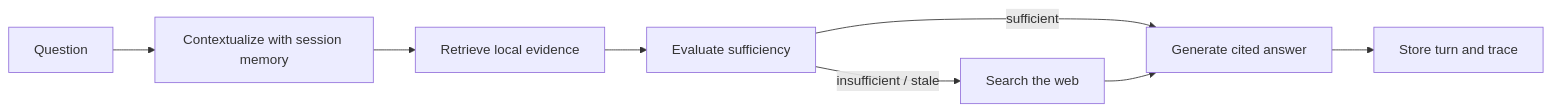
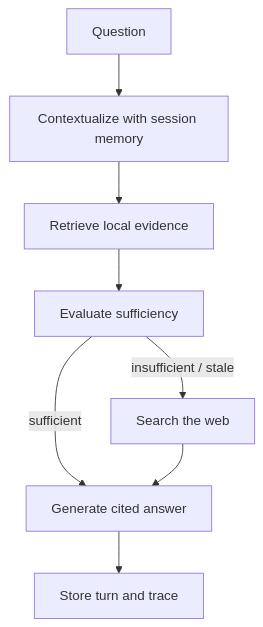
The diagram in README.md (Jakob-Benjamin-Dorn/gamescope-agent), drawn with Mermaid before and after one commit. The commit also changed 3 other files, not shown here.

````diff
--- a/README.md
+++ b/README.md
@@ -42,10 +42,10 @@
 ```mermaid
-flowchart LR
+flowchart TB
     Q[Question] --> C[Contextualize with session memory]
     C --> R[Retrieve local evidence]
     R --> E[Evaluate sufficiency]
     E -->|sufficient| G[Generate cited answer]
     E -->|insufficient / stale| W[Search the web]
     W --> G
     G --> H[Store turn and trace]
 ```
````
